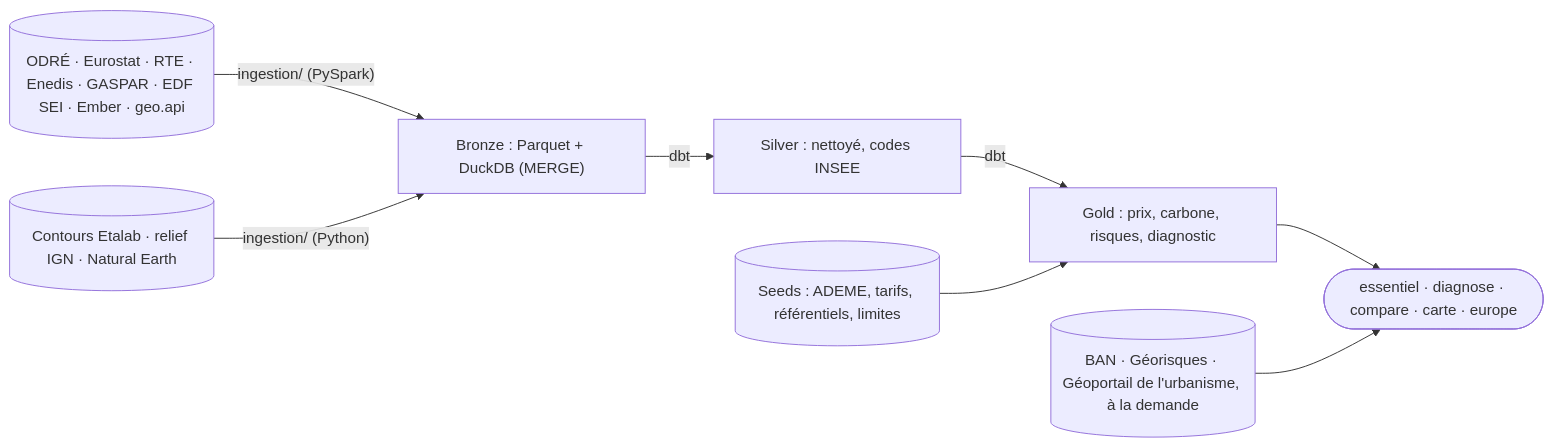
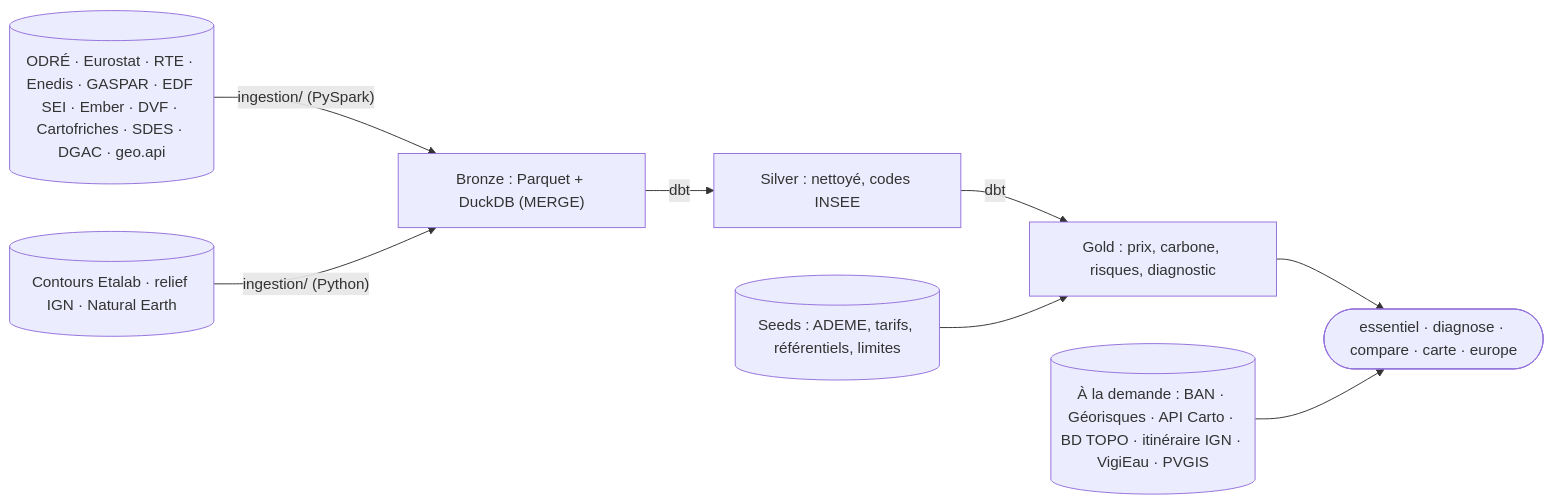
One commit to Elias-Ouafi/ou-brancher-mon-entreprise changed the diagram in README.md. Above: the diagram before and after it, drawn with Mermaid. The commit also changed other lines of this file and 3 other files, not shown here.

````diff
--- a/README.md
+++ b/README.md
@@ -141,10 +151,10 @@
 ```mermaid
 flowchart LR
-    SRC[("ODRÉ · Eurostat · RTE · Enedis · GASPAR · EDF SEI · Ember · geo.api")] -->|"ingestion/ (PySpark)"| B["Bronze : Parquet + DuckDB (MERGE)"]
+    SRC[("ODRÉ · Eurostat · RTE · Enedis · GASPAR · EDF SEI · Ember · DVF · Cartofriches · SDES · DGAC · geo.api")] -->|"ingestion/ (PySpark)"| B["Bronze : Parquet + DuckDB (MERGE)"]
     B -->|dbt| S["Silver : nettoyé, codes INSEE"]
     S -->|dbt| G["Gold : prix, carbone, risques, diagnostic"]
     SEEDS[("Seeds : ADEME, tarifs, référentiels, limites")] --> G
     GEO[("Contours Etalab · relief IGN · Natural Earth")] -->|"ingestion/ (Python)"| B
     G --> CLI(["essentiel · diagnose · compare · carte · europe"])
-    BAN[("BAN · Géorisques · Géoportail de l'urbanisme, à la demande")] --> CLI
+    BAN[("À la demande : BAN · Géorisques · API Carto · BD TOPO · itinéraire IGN · VigiEau · PVGIS")] --> CLI
 ```
````
